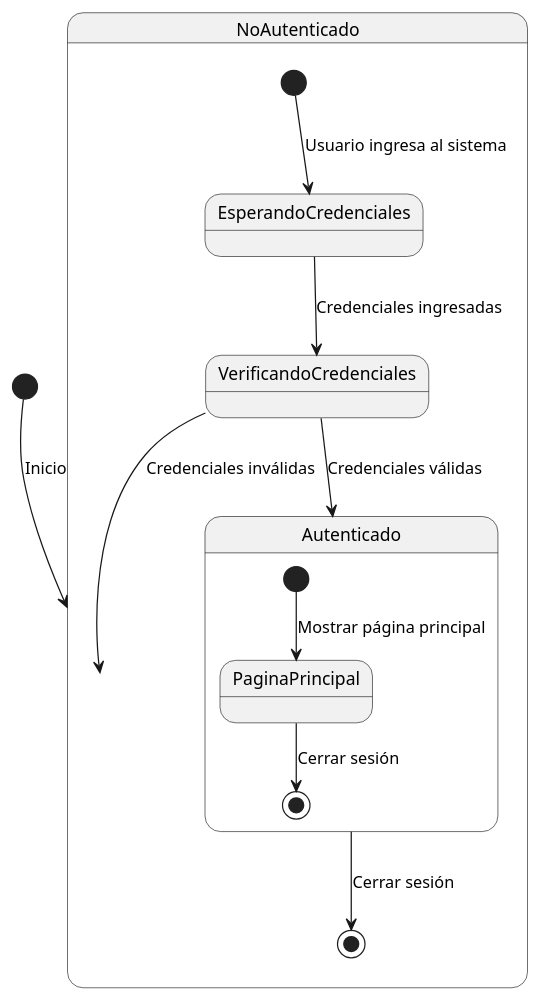
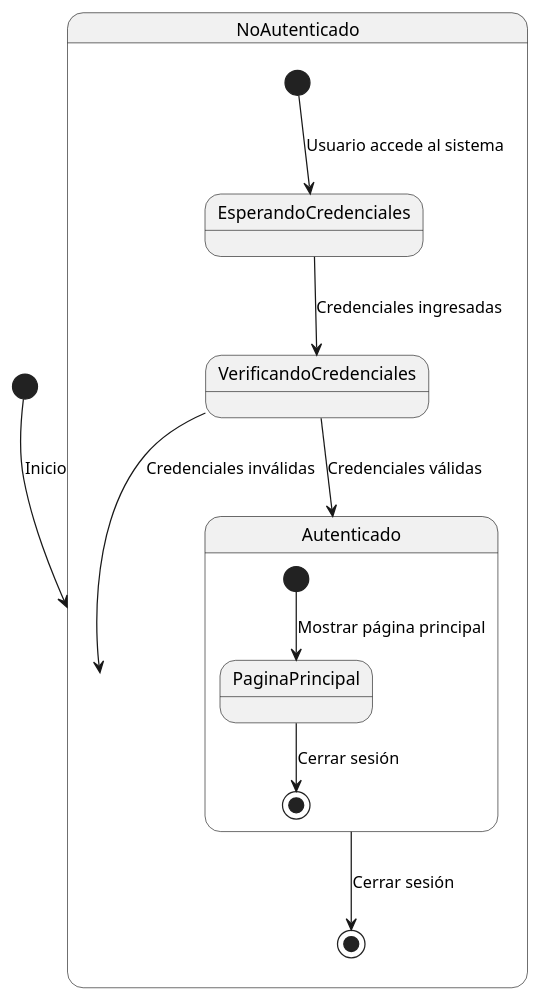
Before and after one commit to pablarce/23-24-IdSw1-SDR: the diagram in CasosDeUso/Procesos/CduLogin/DiagramaDeEstados.puml, drawn with PlantUML.

```diff
--- a/CasosDeUso/Procesos/CduLogin/DiagramaDeEstados.puml
+++ b/CasosDeUso/Procesos/CduLogin/DiagramaDeEstados.puml
@@ -1,17 +1,17 @@
 @startuml
 [*] --> NoAutenticado : Inicio
 
 state NoAutenticado {
-  [*] --> EsperandoCredenciales : Usuario ingresa al sistema
+  [*] --> EsperandoCredenciales : Usuario accede al sistema
   EsperandoCredenciales --> VerificandoCredenciales : Credenciales ingresadas
   VerificandoCredenciales --> Autenticado : Credenciales válidas
   VerificandoCredenciales --> NoAutenticado : Credenciales inválidas
   Autenticado --> [*] : Cerrar sesión
 }
 
 state Autenticado {
   [*] --> PaginaPrincipal : Mostrar página principal
   PaginaPrincipal --> [*] : Cerrar sesión
 }
 
 @enduml
```
